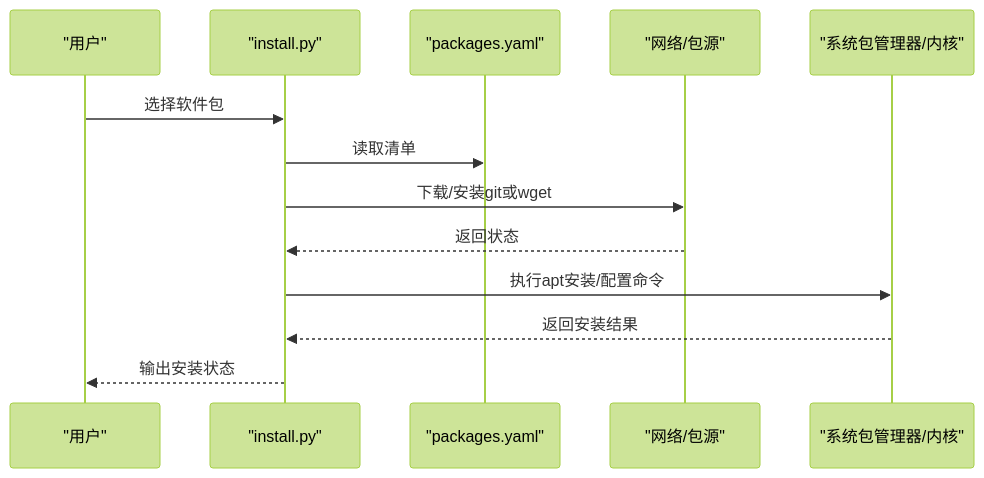
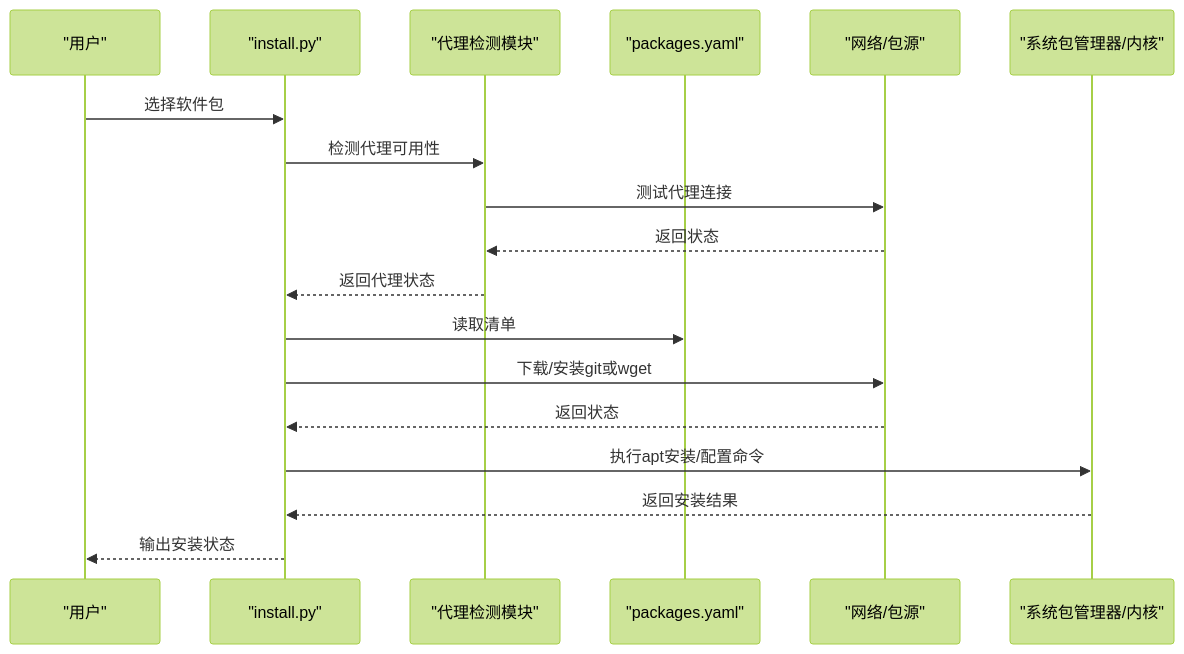
The second of 5 diagrams in .qoder/repowiki/zh/content/故障排除.md (firestrongarch/install), drawn with Mermaid (forest theme) before and after one commit. The commit also changed other lines of this file and 3 other files, not shown here.

````diff
--- a/.qoder/repowiki/zh/content/故障排除.md
+++ b/.qoder/repowiki/zh/content/故障排除.md
@@ -108,15 +112,20 @@
 ```mermaid
 sequenceDiagram
 participant User as "用户"
 participant CLI as "install.py"
+participant Proxy as "代理检测模块"
 participant Y as "packages.yaml"
 participant Net as "网络/包源"
 participant Sys as "系统包管理器/内核"
 User->>CLI : 选择软件包
+CLI->>Proxy : 检测代理可用性
+Proxy->>Net : 测试代理连接
+Net-->>Proxy : 返回状态
+Proxy-->>CLI : 返回代理状态
 CLI->>Y : 读取清单
 CLI->>Net : 下载/安装git或wget
 Net-->>CLI : 返回状态
 CLI->>Sys : 执行apt安装/配置命令
 Sys-->>CLI : 返回安装结果
 CLI-->>User : 输出安装状态
 ```
````
